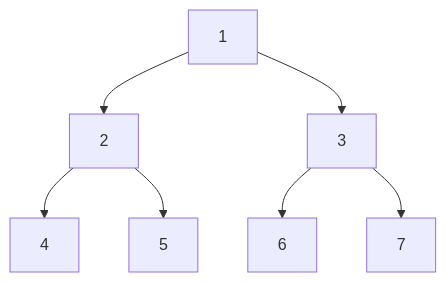
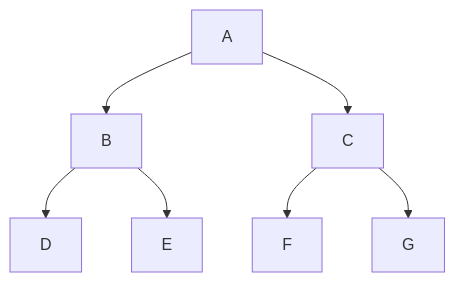
One commit to remykarem/remykarem.github.io changed the first of 7 diagrams in books-src/data-structures-and-algorithms-book/src/algorithms/search/depth-first.md. Above: the diagram before and after it, drawn with Mermaid. The commit also changed other lines of this file, not shown here.

````diff
--- a/books-src/data-structures-and-algorithms-book/src/algorithms/search/depth-first.md
+++ b/books-src/data-structures-and-algorithms-book/src/algorithms/search/depth-first.md
@@ -12,17 +12,9 @@
 ```mermaid
 graph TD
-    A[1]
-    B[2]
-    C[3]
-    D[4]
-    E[5]
-    F[6]
-    G[7]
-
     A --> B
     A --> C
     B --> D
     B --> E
     C --> F
     C --> G
 ```
````
